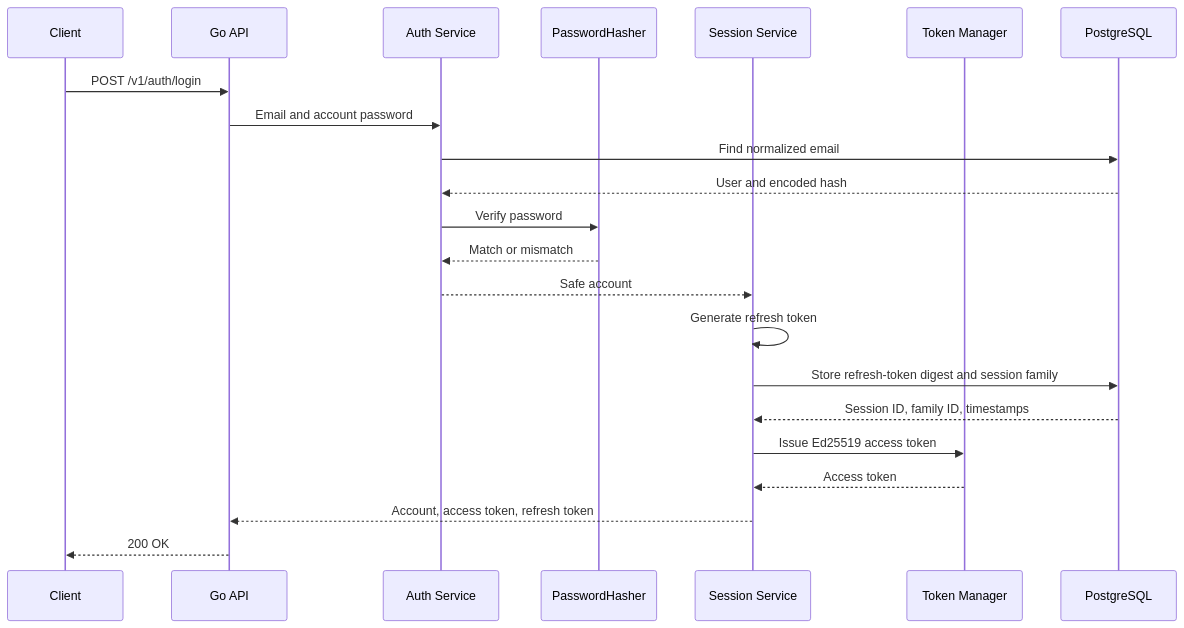
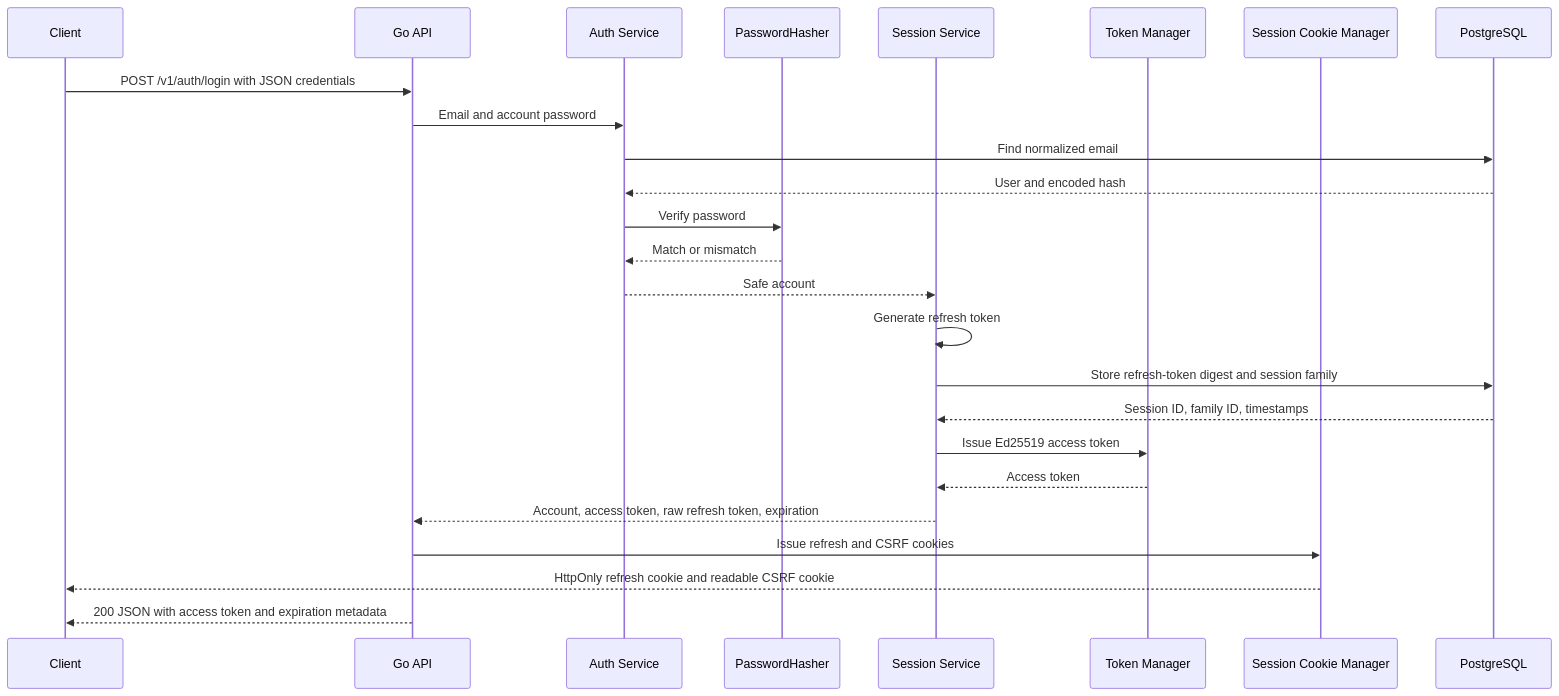
Before and after one commit to martinrgarciap/vaultforge: the third of 7 diagrams in docs/architecture.md, drawn with Mermaid. The commit also changed other lines of this file and 24 other files, not shown here.

````diff
--- a/docs/architecture.md
+++ b/docs/architecture.md
@@ -214,25 +255,28 @@
 ```mermaid
 sequenceDiagram
     participant C as Client
     participant A as Go API
     participant AS as Auth Service
     participant H as PasswordHasher
     participant SS as Session Service
     participant T as Token Manager
+    participant SC as Session Cookie Manager
     participant P as PostgreSQL
 
-    C->>A: POST /v1/auth/login
+    C->>A: POST /v1/auth/login with JSON credentials
     A->>AS: Email and account password
     AS->>P: Find normalized email
     P-->>AS: User and encoded hash
     AS->>H: Verify password
     H-->>AS: Match or mismatch
     AS-->>SS: Safe account
     SS->>SS: Generate refresh token
     SS->>P: Store refresh-token digest and session family
     P-->>SS: Session ID, family ID, timestamps
     SS->>T: Issue Ed25519 access token
     T-->>SS: Access token
-    SS-->>A: Account, access token, refresh token
-    A-->>C: 200 OK
+    SS-->>A: Account, access token, raw refresh token, expiration
+    A->>SC: Issue refresh and CSRF cookies
+    SC-->>C: HttpOnly refresh cookie and readable CSRF cookie
+    A-->>C: 200 JSON with access token and expiration metadata
 ```
````
